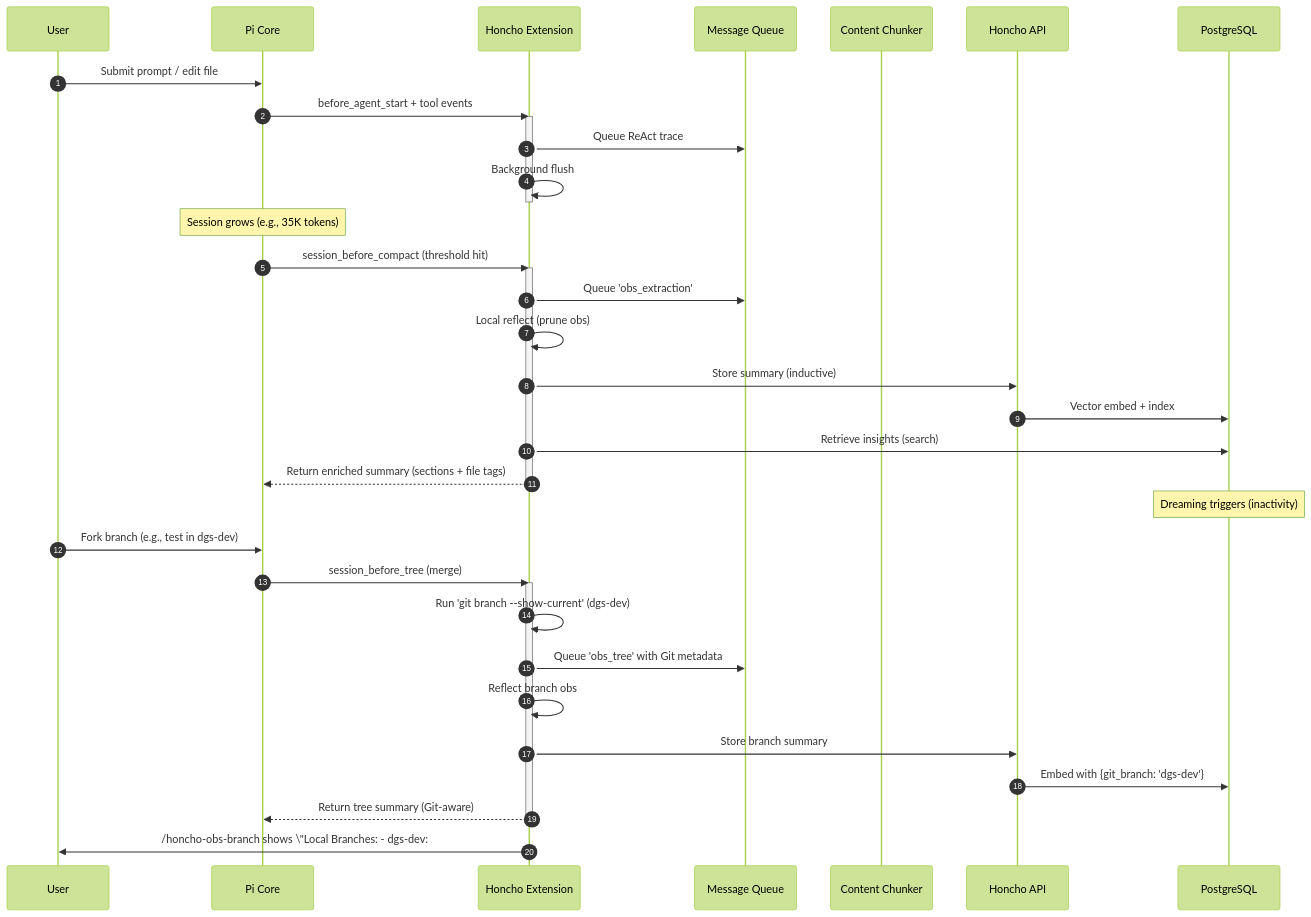
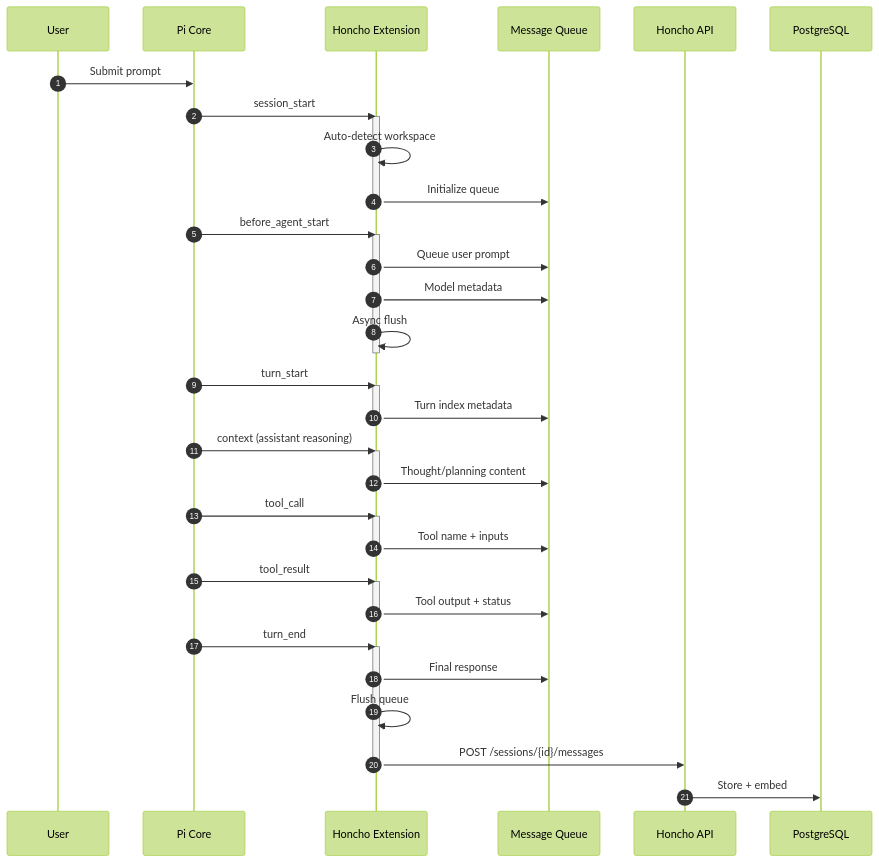
Before and after one commit to dsidlo/local-honcho: the second of 4 diagrams in docs/v3/guides/community/dgs-integrations/pi-mono/agent/extensions/README-honcho.md, drawn with Mermaid (forest theme). The commit also changed other lines of this file and 44 other files, not shown here.

First line of the commit message:
test(llm): cover structured_output_mode env wiring for loose providers

````diff
--- a/docs/v3/guides/community/dgs-integrations/pi-mono/agent/extensions/README-honcho.md
+++ b/docs/v3/guides/community/dgs-integrations/pi-mono/agent/extensions/README-honcho.md
@@ -79,45 +54,52 @@
 ```mermaid
 sequenceDiagram
     autonumber
     participant User
     participant Pi as Pi Core
     participant Ext as Honcho Extension
     participant Queue as Message Queue
-    participant Chunker as Content Chunker
     participant API as Honcho API
     participant DB as PostgreSQL
 
-    User->>Pi: Submit prompt / edit file
-    Pi->>Ext: before_agent_start + tool events
+    User->>Pi: Submit prompt
+    Pi->>Ext: session_start
     activate Ext
-    Ext->>Queue: Queue ReAct trace
-    Ext->>Ext: Background flush
+    Ext->>Ext: Auto-detect workspace
+    Ext->>Queue: Initialize queue
     deactivate Ext
-    
-    Note over Pi: Session grows (e.g., 35K tokens)
-    
-    Pi->>Ext: session_before_compact (threshold hit)
+
+    Pi->>Ext: before_agent_start
     activate Ext
-    Ext->>Queue: Queue 'obs_extraction'
-    Ext->>Ext: Local reflect (prune obs)
-    Ext->>API: Store summary (inductive)
-    API->>DB: Vector embed + index
-    Ext->>DB: Retrieve insights (search)
-    Ext-->>Pi: Return enriched summary (sections + file tags)
+    Ext->>Queue: Queue user prompt
+    Ext->>Queue: Model metadata
+    Ext->>Ext: Async flush
     deactivate Ext
-    
-    Note over DB: Dreaming triggers (inactivity)
-    
-    User->>Pi: Fork branch (e.g., test in dgs-dev)
-    Pi->>Ext: session_before_tree (merge)
+
+    Pi->>Ext: turn_start
     activate Ext
-    Ext->>Ext: Run 'git branch --show-current' (dgs-dev)
-    Ext->>Queue: Queue 'obs_tree' with Git metadata
-    Ext->>Ext: Reflect branch obs
-    Ext->>API: Store branch summary
-    API->>DB: Embed with {git_branch: 'dgs-dev'}
-    Ext-->>Pi: Return tree summary (Git-aware)
+    Ext->>Queue: Turn index metadata
     deactivate Ext
-    
-    Ext->>User: /honcho-obs-branch shows \"Local Branches: - dgs-dev: ## Obs...\"
+
+    Pi->>Ext: context (assistant reasoning)
+    activate Ext
+    Ext->>Queue: Thought/planning content
+    deactivate Ext
+
+    Pi->>Ext: tool_call
+    activate Ext
+    Ext->>Queue: Tool name + inputs
+    deactivate Ext
+
+    Pi->>Ext: tool_result
+    activate Ext
+    Ext->>Queue: Tool output + status
+    deactivate Ext
+
+    Pi->>Ext: turn_end
+    activate Ext
+    Ext->>Queue: Final response
+    Ext->>Ext: Flush queue
+    Ext->>API: POST /sessions/{id}/messages
+    deactivate Ext
+    API->>DB: Store + embed
 ```
````
